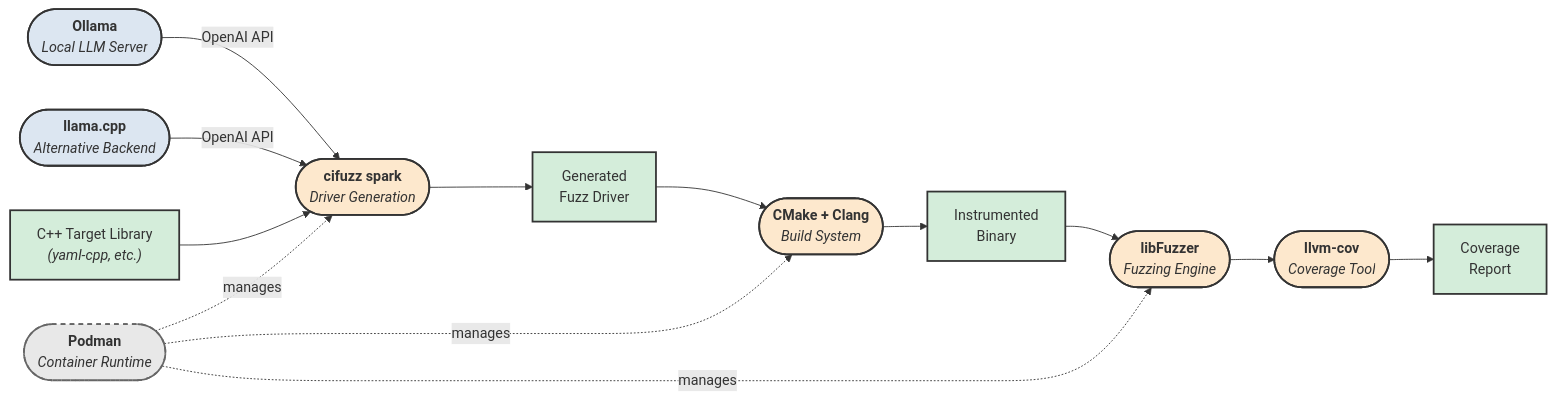
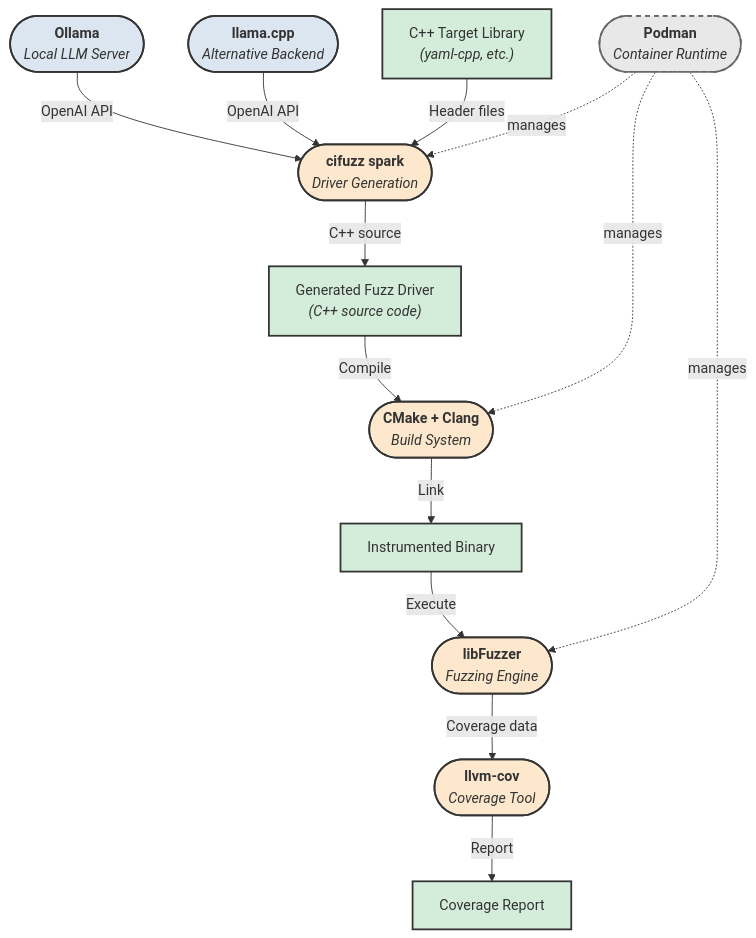
The third of 6 diagrams in Thesis_Latex/diagrams_mermaid.md (DARREN-2000/temporary), drawn with Mermaid before and after one commit. The commit also changed other lines of this file and 3 other files, not shown here.

First line of the commit message:
Fix Fig 6.1 rendering (add align=center to edgelabels), redesign Fig 4.1 with top-down layout and proper spacing, update Mermaid to TD, create comprehensive changes_summary.md

````diff
--- a/Thesis_Latex/diagrams_mermaid.md
+++ b/Thesis_Latex/diagrams_mermaid.md
@@ -254,46 +254,46 @@
 ```mermaid
-flowchart LR
+flowchart TD
     %% ===== DATA (rectangular) =====
     TGT["C++ Target Library<br/><i>(yaml-cpp, etc.)</i>"]
-    DRV["Generated<br/>Fuzz Driver"]
-    BIN["Instrumented<br/>Binary"]
-    COV["Coverage<br/>Report"]
+    DRV["Generated Fuzz Driver<br/><i>(C++ source code)</i>"]
+    BIN["Instrumented Binary"]
+    COV["Coverage Report"]
 
     %% ===== COMPONENTS (rounded / stadium) =====
     OLL(["<b>Ollama</b><br/><i>Local LLM Server</i>"])
     LCP(["<b>llama.cpp</b><br/><i>Alternative Backend</i>"])
     CIF(["<b>cifuzz spark</b><br/><i>Driver Generation</i>"])
     CMK(["<b>CMake + Clang</b><br/><i>Build System</i>"])
     LFZ(["<b>libFuzzer</b><br/><i>Fuzzing Engine</i>"])
     LCV(["<b>llvm-cov</b><br/><i>Coverage Tool</i>"])
     POD(["<b>Podman</b><br/><i>Container Runtime</i>"])
 
-    %% ===== FLOW =====
-    OLL -->|OpenAI API| CIF
-    LCP -->|OpenAI API| CIF
-    TGT --> CIF
-    CIF --> DRV
-    DRV --> CMK
-    CMK --> BIN
-    BIN --> LFZ
-    LFZ --> LCV
-    LCV --> COV
+    %% ===== FLOW (top-down) =====
+    OLL -->|"OpenAI API"| CIF
+    LCP -->|"OpenAI API"| CIF
+    TGT -->|"Header files"| CIF
+    CIF -->|"C++ source"| DRV
+    DRV -->|"Compile"| CMK
+    CMK -->|"Link"| BIN
+    BIN -->|"Execute"| LFZ
+    LFZ -->|"Coverage data"| LCV
+    LCV -->|"Report"| COV
 
-    POD -.->|manages| CIF
-    POD -.->|manages| CMK
-    POD -.->|manages| LFZ
+    POD -.->|"manages"| CIF
+    POD -.->|"manages"| CMK
+    POD -.->|"manages"| LFZ
 
     %% ===== STYLING =====
     style TGT fill:#d4edda,stroke:#333,stroke-width:2px
     style DRV fill:#d4edda,stroke:#333,stroke-width:2px
     style BIN fill:#d4edda,stroke:#333,stroke-width:2px
     style COV fill:#d4edda,stroke:#333,stroke-width:2px
 
     style OLL fill:#dce6f1,stroke:#333,stroke-width:2px
     style LCP fill:#dce6f1,stroke:#333,stroke-width:2px
     style CIF fill:#fde8cd,stroke:#333,stroke-width:2px
     style CMK fill:#fde8cd,stroke:#333,stroke-width:2px
     style LFZ fill:#fde8cd,stroke:#333,stroke-width:2px
     style LCV fill:#fde8cd,stroke:#333,stroke-width:2px
     style POD fill:#e8e8e8,stroke:#666,stroke-width:2px,stroke-dasharray:5
 ```
````
